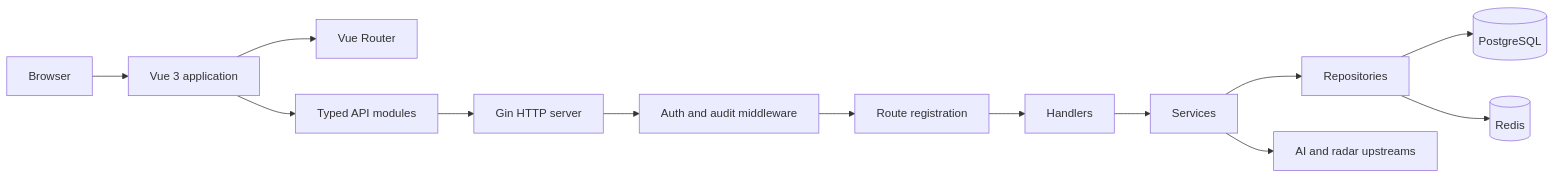
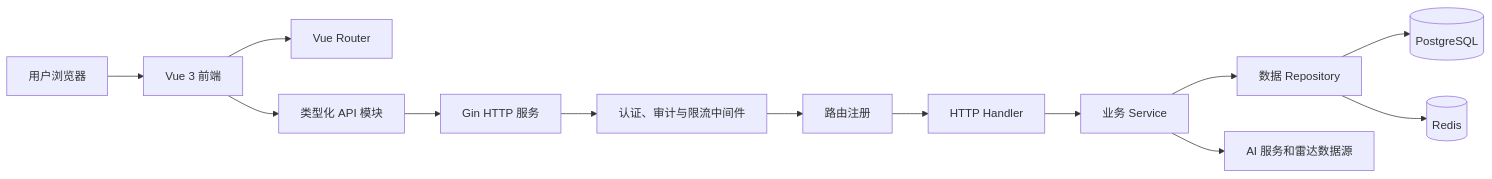
Before and after one commit to Samuka007/sub2api: the first of 3 diagrams in README_US.md, drawn with Mermaid. The commit also changed other lines of this file, not shown here.

Commit message:
docs: translate private architecture guide to Chinese

````diff
--- a/README_US.md
+++ b/README_US.md
@@ -146,29 +136,29 @@
 ```mermaid
 flowchart LR
-    Browser[Browser]
-    Vue[Vue 3 application]
-    Router[Vue Router]
-    API[Typed API modules]
-    Gin[Gin HTTP server]
-    Middleware[Auth and audit middleware]
-    Routes[Route registration]
-    Handler[Handlers]
-    Service[Services]
-    Repository[Repositories]
+    Browser["用户浏览器"]
+    Vue["Vue 3 前端"]
+    Router["Vue Router"]
+    API["类型化 API 模块"]
+    Gin["Gin HTTP 服务"]
+    Middleware["认证、审计与限流中间件"]
+    Routes["路由注册"]
+    Handler["HTTP Handler"]
+    Service["业务 Service"]
+    Repository["数据 Repository"]
     Postgres[(PostgreSQL)]
     Redis[(Redis)]
-    Upstream[AI and radar upstreams]
+    Upstream["AI 服务和雷达数据源"]
 
     Browser --> Vue
     Vue --> Router
     Vue --> API
     API --> Gin
     Gin --> Middleware
     Middleware --> Routes
     Routes --> Handler
     Handler --> Service
     Service --> Repository
     Repository --> Postgres
     Repository --> Redis
     Service --> Upstream
 ```
````
